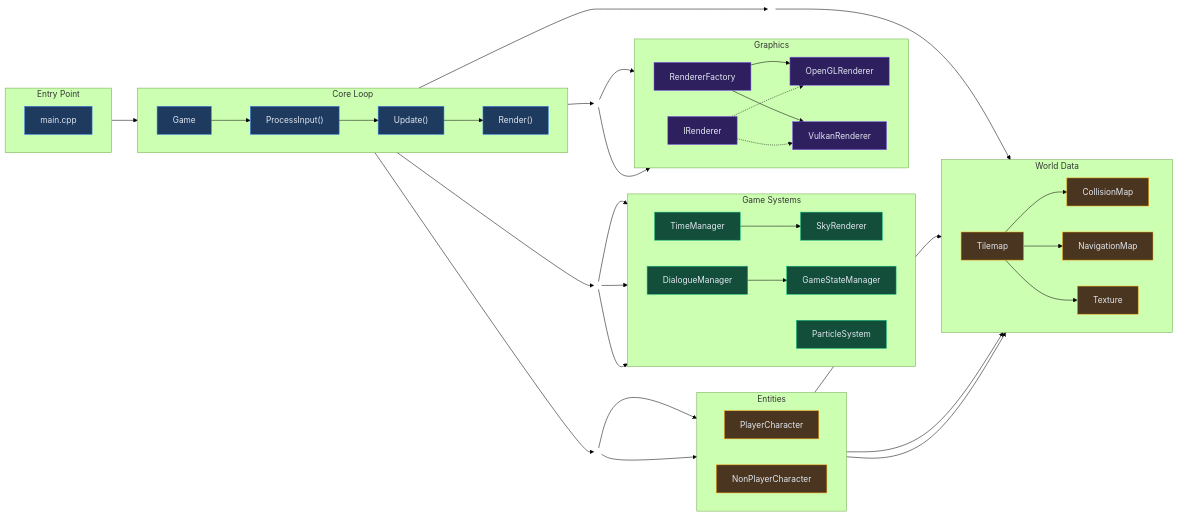
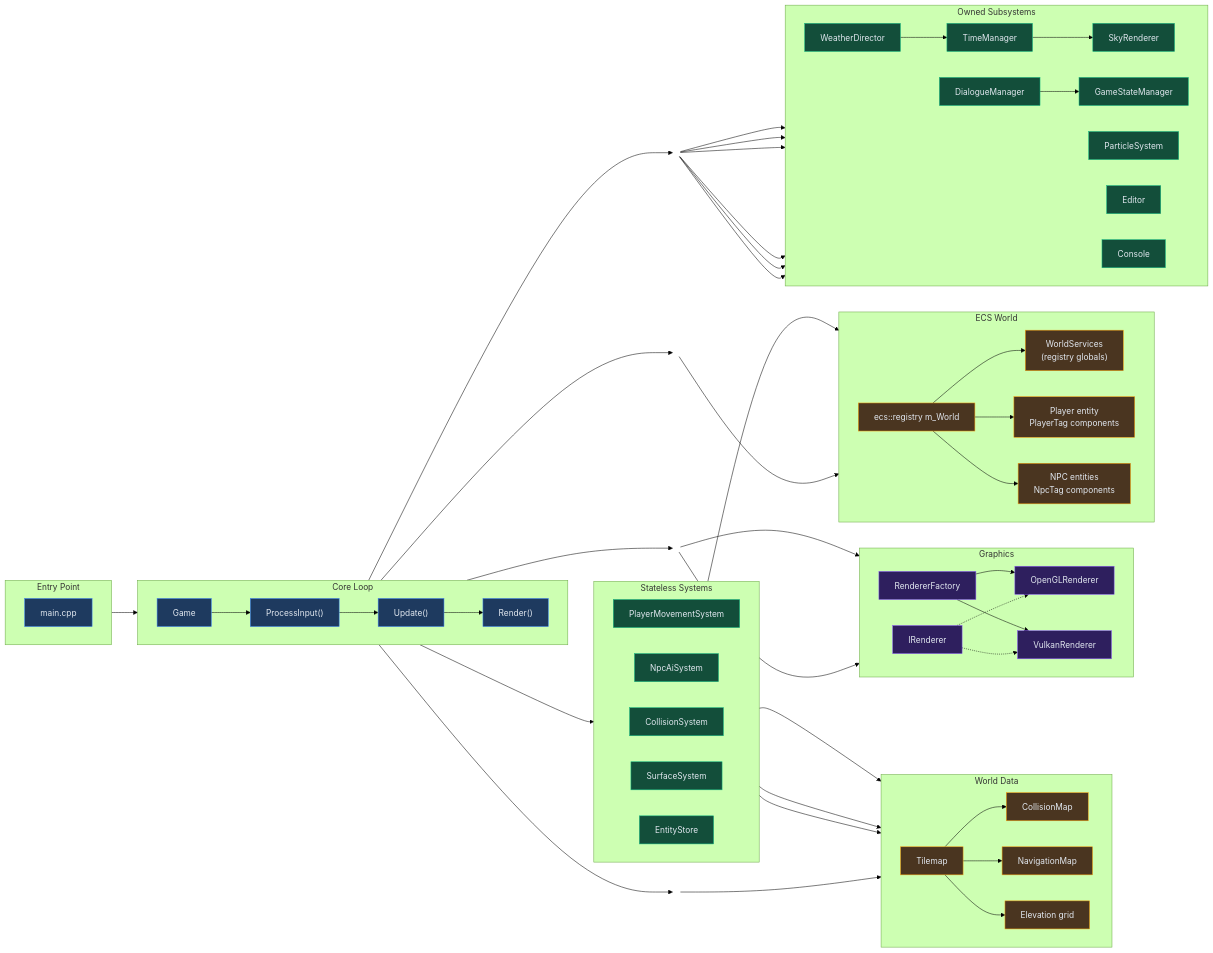
The first of 7 diagrams in docs/ARCHITECTURE.md (baaz777/rift), drawn with Mermaid (forest theme) before and after one commit. The commit also changed other lines of this file, not shown here.

Commit message:
📝 Rewrite ARCHITECTURE for the ECS core

```diff
--- a/docs/ARCHITECTURE.md
+++ b/docs/ARCHITECTURE.md
@@ -25,13 +31,33 @@
         Render["Render()"]:::core
     end
 
-    subgraph Systems["Game Systems"]
+    subgraph Ecs["ECS World"]
+        direction LR
+        Registry["ecs::registry m_World"]:::data
+        Services["WorldServices<br/>(registry globals)"]:::data
+        Player["Player entity<br/>PlayerTag components"]:::data
+        NPC["NPC entities<br/>NpcTag components"]:::data
+    end
+
+    subgraph Systems["Stateless Systems"]
+        direction LR
+        Move["PlayerMovementSystem"]:::system
+        NpcAi["NpcAiSystem"]:::system
+        Collision["CollisionSystem"]:::system
+        Surface["SurfaceSystem"]:::system
+        Store["EntityStore"]:::system
+    end
+
+    subgraph Owned["Owned Subsystems"]
         direction LR
         Time["TimeManager"]:::system
         Sky["SkyRenderer"]:::system
+        Weather["WeatherDirector"]:::system
         Dialogue["DialogueManager"]:::system
         State["GameStateManager"]:::system
         Particles["ParticleSystem"]:::system
+        Editor["Editor"]:::system
+        Console["Console"]:::system
     end
 
     subgraph Rendering["Graphics"]
@@ -45,15 +71,9 @@
     subgraph World["World Data"]
         direction LR
         Tilemap["Tilemap"]:::data
-        Collision["CollisionMap"]:::data
+        CollisionMap["CollisionMap"]:::data
         Navigation["NavigationMap"]:::data
-        Texture["Texture"]:::data
-    end
-
-    subgraph Entities["Entities"]
-        direction LR
-        Player["PlayerCharacter"]:::data
-        NPC["NonPlayerCharacter"]:::data
+        Elevation["Elevation grid"]:::data
     end
 
     %% Entry -> Core
@@ -63,26 +83,32 @@
     Game --> Input --> Update --> Render
 
     %% Game fan-out (route through invisible hubs to keep lines clean)
+    Game --> GEcs(( ))
     Game --> GSys(( ))
     Game --> GRend(( ))
     Game --> GWorld(( ))
-    Game --> GEnt(( ))
 
     %% Hub -> targets
+    GEcs --> Registry
+    Registry --> Services
+    Registry --> Player
+    Registry --> NPC
+
     GSys --> Time
+    GSys --> Weather
     GSys --> Dialogue
     GSys --> Particles
+    GSys --> Editor
+    GSys --> Console
 
     GRend --> IRenderer
     GRend --> Factory
 
     GWorld --> Tilemap
 
-    GEnt --> Player
-    GEnt --> NPC
-
-    %% Systems internal links
+    %% Subsystem internal links
     Time --> Sky
+    Weather --> Time
     Dialogue --> State
 
     %% Rendering internal links
@@ -92,18 +118,20 @@
     IRenderer -.-> Vulkan
 
     %% World internal links
-    Tilemap --> Collision
+    Tilemap --> CollisionMap
     Tilemap --> Navigation
-    Tilemap --> Texture
+    Tilemap --> Elevation
 
-    %% Entity interactions
-    NPC --> Navigation
-    Player --> Collision
-    NPC --> Collision
+    %% Systems read components and world data, never each other's state
+    Update --> Systems
+    Systems --> Registry
+    Collision --> CollisionMap
+    Surface --> Elevation
+    NpcAi --> Navigation
 
     %% Make hubs invisible (but keep routing)
+    style GEcs fill:transparent,stroke:transparent
     style GSys fill:transparent,stroke:transparent
     style GRend fill:transparent,stroke:transparent
     style GWorld fill:transparent,stroke:transparent
-    style GEnt fill:transparent,stroke:transparent
 </pre>
```
